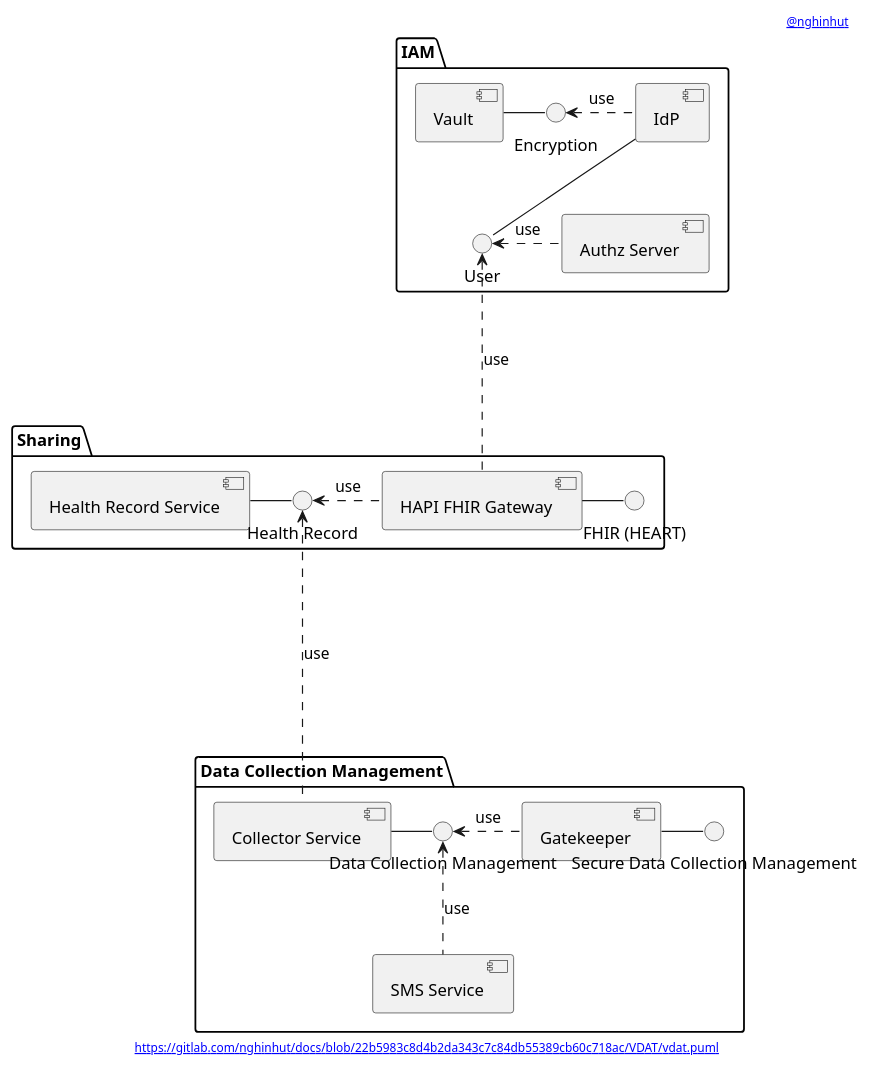
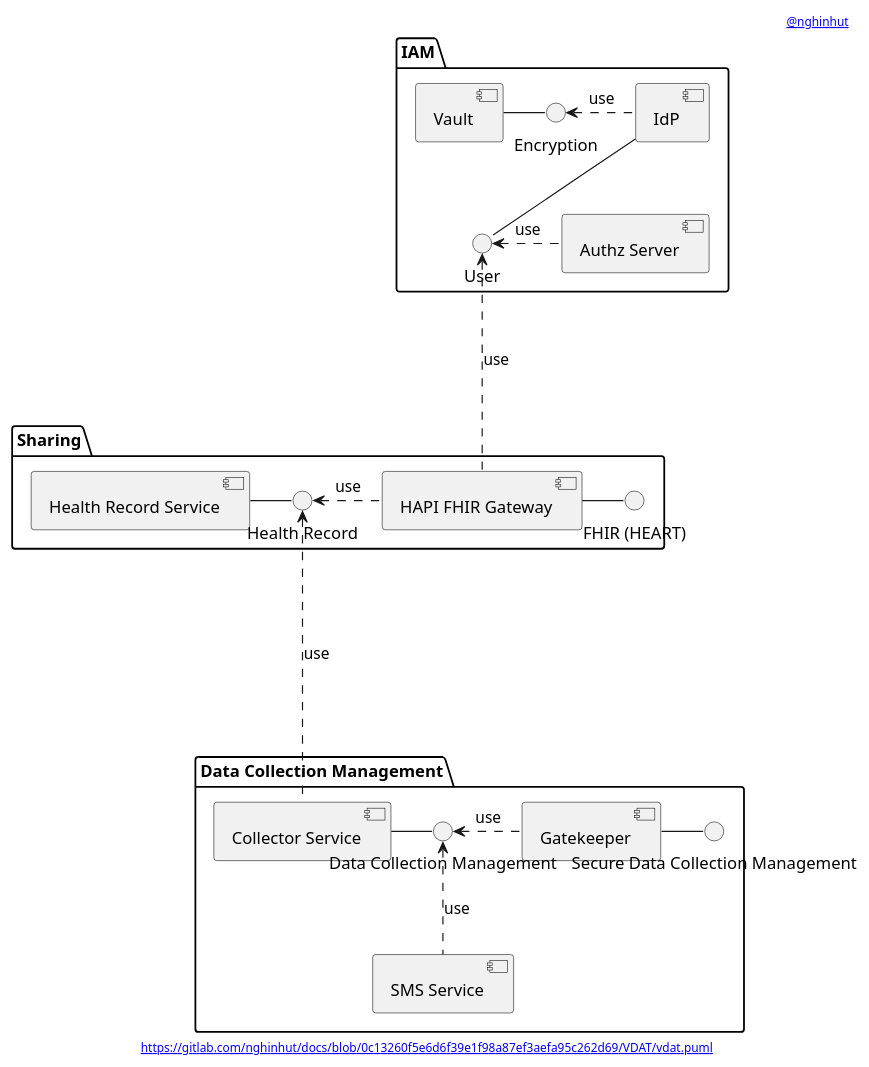
The diagram in VDAT/vdat.component.puml (nghinhut/docs), drawn with PlantUML before and after one commit. The commit also changed 47 other files, not shown here.

```diff
--- a/VDAT/vdat.component.puml
+++ b/VDAT/vdat.component.puml
@@ -1,59 +1,59 @@
 @startuml
 '-----START auto generated metadata please keep comment here to allow auto update-----
 '-----DON'T EDIT THIS SECTION, INSTEAD RE-RUN prebuild.sh TO UPDATE-----
-header [[https://www.nghinhut.dev?from=http%5C%3A%5C%2F%5C%2Fwww%5C.plantuml%5C.com%5C%2Fplantuml%5C%2Fproxy%3Ffmt%3Dsvg%5C%26src%3Dhttps%5C%3A%5C%2F%5C%2Fgitlab%5C.com%5C%2Fnghinhut%5C%2Fdocs%5C%2Fraw%5C%2F22b5983c8d4b2da343c7c84db55389cb60c718ac%5C%2FVDAT%5C%2Fvdat%5C.puml%0A @nghinhut]]
-footer [[http://www.plantuml.com/plantuml/proxy?fmt=svg&src=https://gitlab.com/nghinhut/docs/raw/22b5983c8d4b2da343c7c84db55389cb60c718ac/VDAT/vdat.puml https://gitlab.com/nghinhut/docs/blob/22b5983c8d4b2da343c7c84db55389cb60c718ac/VDAT/vdat.puml]]
+header [[https://www.nghinhut.dev?from=http%5C%3A%5C%2F%5C%2Fwww%5C.plantuml%5C.com%5C%2Fplantuml%5C%2Fproxy%3Ffmt%3Dsvg%5C%26src%3Dhttps%5C%3A%5C%2F%5C%2Fgitlab%5C.com%5C%2Fnghinhut%5C%2Fdocs%5C%2Fraw%5C%2F0c13260f5e6d6f39e1f98a87ef3aefa95c262d69%5C%2FVDAT%5C%2Fvdat%5C.puml%0A @nghinhut]]
+footer [[http://www.plantuml.com/plantuml/proxy?fmt=svg&src=https://gitlab.com/nghinhut/docs/raw/0c13260f5e6d6f39e1f98a87ef3aefa95c262d69/VDAT/vdat.puml https://gitlab.com/nghinhut/docs/blob/0c13260f5e6d6f39e1f98a87ef3aefa95c262d69/VDAT/vdat.puml]]
 '-----END auto generated metadata please keep comment here to allow auto update-----
 
 package "IAM" {
     component "Authz Server" as as
     component Vault as vault
     component IdP as idp
 
 '    interface "OAuth2 Authentication" as IOAuth2Authentication
 '    interface "UMA2 Authorization" as IUMA2Authorization
 '    as -- IOAuth2Authentication
 '    as -- IUMA2Authorization
     interface "Encryption" as IEncrypt
     interface "User" as IUser
 }
 
 package "Sharing" {
     component "Health Record Service" as record
     interface "Health Record" as IHealthRecord
     component "HAPI FHIR Gateway" as fhir
     interface "FHIR (HEART)" as IFHIR
 }
 
 package "Data Collection Management" {
     component "Collector Service" as collector
     component "SMS Service" as sms
     component "Gatekeeper" as collector_gatekeeper
     interface "Data Collection Management" as IDataCollectionManagement
     interface "Secure Data Collection Management" as ISecureDataCollectionManagement
 }
 
 
 
 
 
 
 vault - IEncrypt
 IEncrypt <. idp : use
 idp -- IUser
 IUser <. as : use
 IUser <... fhir : use
 
 
 record - IHealthRecord
 IHealthRecord <. fhir : use
 fhir - IFHIR
 IHealthRecord <.... collector : use
 
 
 collector - IDataCollectionManagement
 IDataCollectionManagement <. collector_gatekeeper : use
 collector_gatekeeper - ISecureDataCollectionManagement
 
 IDataCollectionManagement <.. sms : use
 @enduml
```
